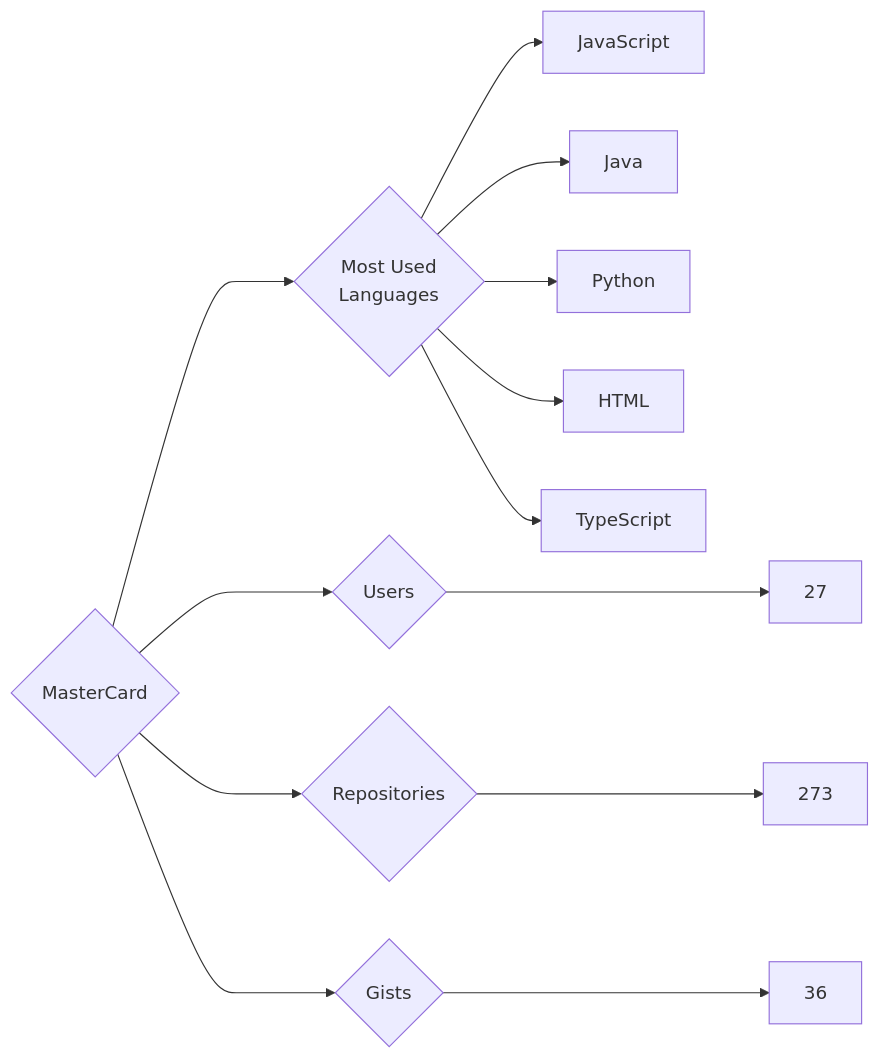
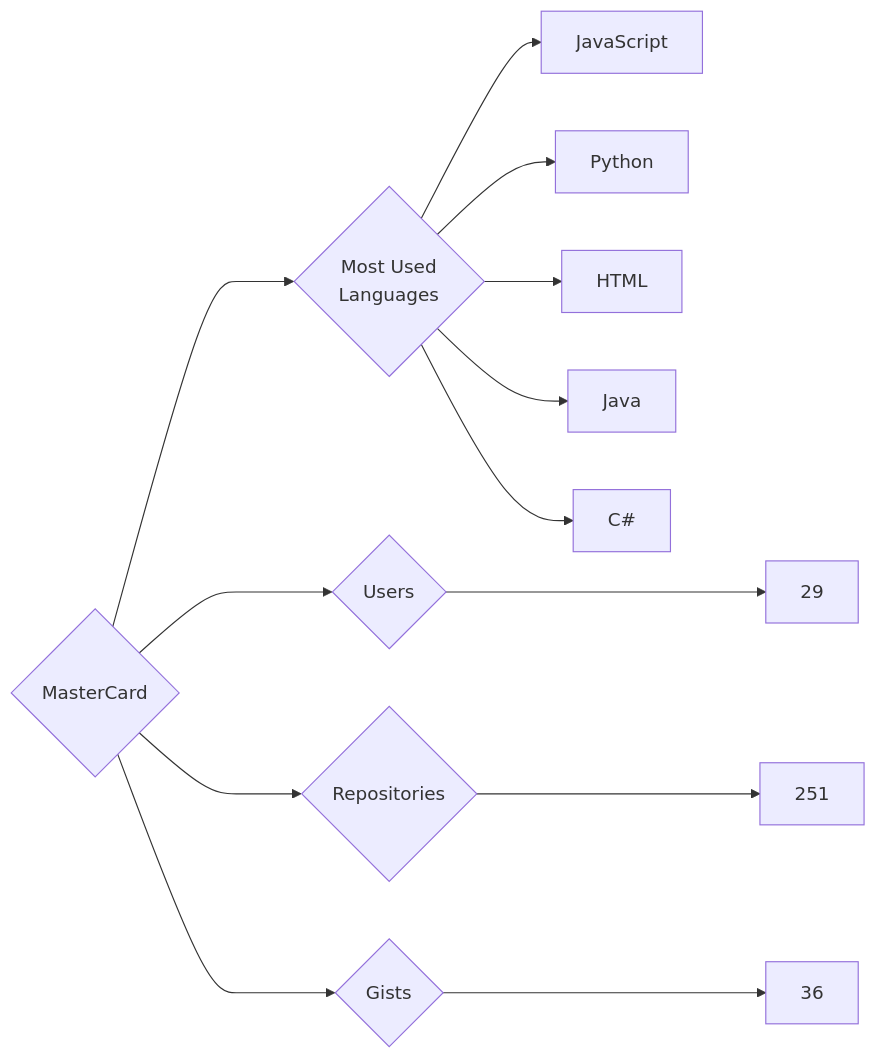
Before and after one commit to trickest/insiders: the diagram in targets/MasterCard/README.md, drawn with Mermaid. The commit also changed 682 other files, not shown here.

````diff
--- a/targets/MasterCard/README.md
+++ b/targets/MasterCard/README.md
@@ -3,13 +3,13 @@
 ```mermaid
 graph LR
 COMPANY_NAME{MasterCard}
-COMPANY_NAME ---> U{Users} ---> UN[27]
-COMPANY_NAME ---> R{Repositories} ---> RN[273]
+COMPANY_NAME ---> U{Users} ---> UN[29]
+COMPANY_NAME ---> R{Repositories} ---> RN[251]
 COMPANY_NAME ---> G{Gists} ---> GN[36]
 COMPANY_NAME ---> ML{Most Used<br>Languages}
 ML --> JavaScript[JavaScript]
-ML --> Java[Java]
 ML --> Python[Python]
 ML --> HTML[HTML]
-ML --> TypeScript[TypeScript]
+ML --> Java[Java]
+ML --> C#[C#]
 ```
````
